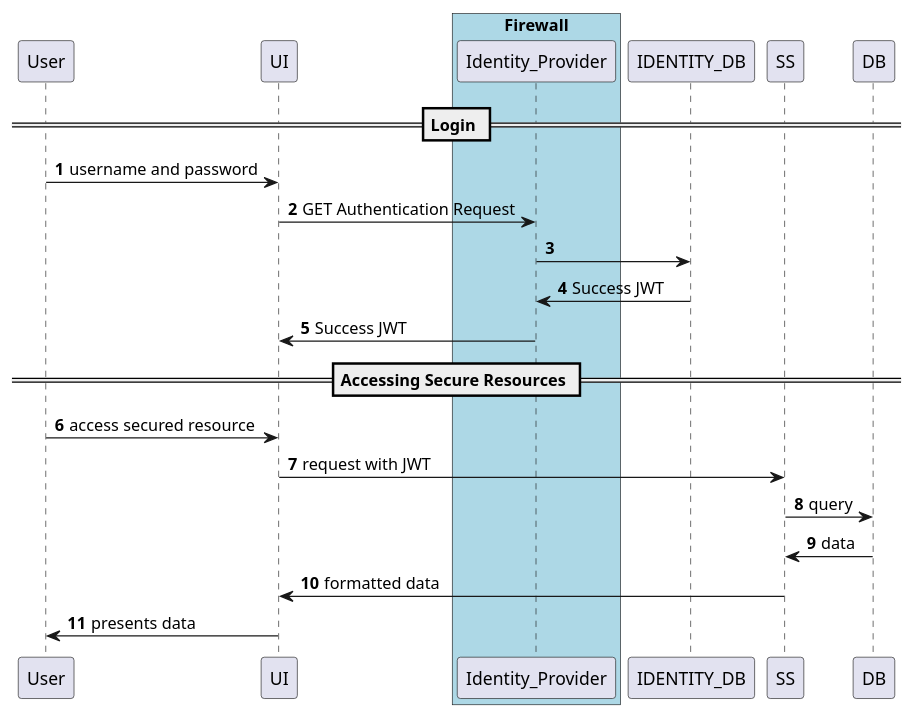
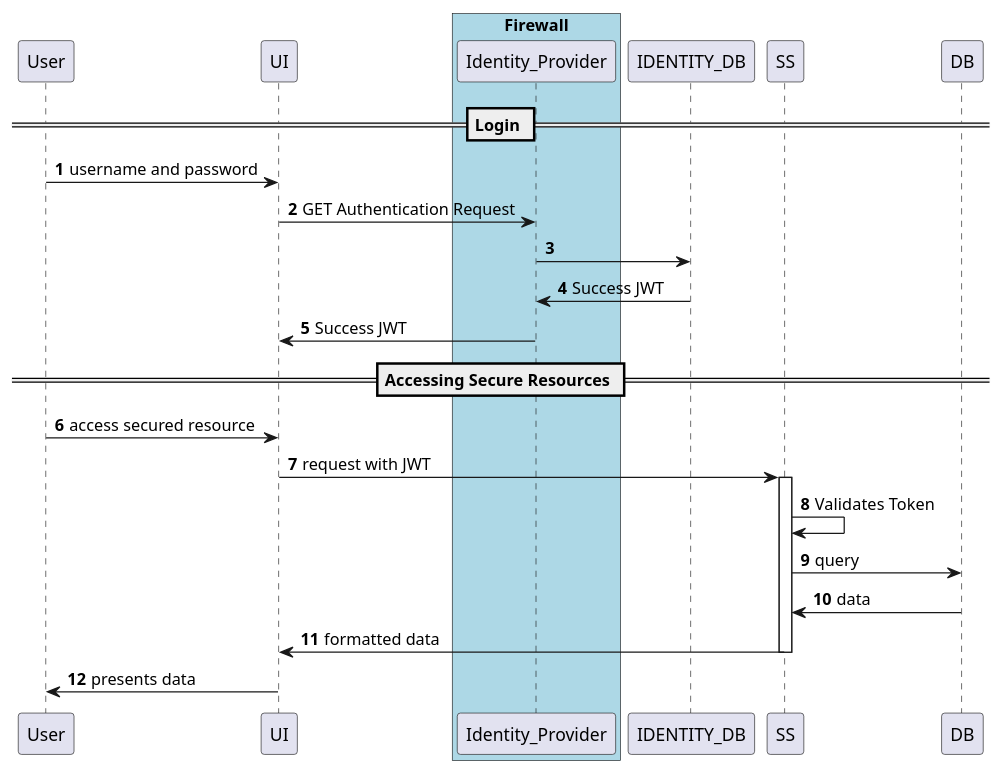
The diagram in OpenApi/login-sequence.puml (MarileneSoaresDaCosta/ascent-api-contracts), drawn with PlantUML before and after one commit. The commit also changed 1 other file, not shown here.

```diff
--- a/OpenApi/login-sequence.puml
+++ b/OpenApi/login-sequence.puml
@@ -1,25 +1,30 @@
 @startuml
 'https://plantuml.com/sequence-diagram
 autonumber
+
 == Login ==
 User -> UI: username and password
 box "Firewall" #LightBlue
 participant Identity_Provider
 end box
 UI -> Identity_Provider: GET Authentication Request
 Identity_Provider -> IDENTITY_DB
 IDENTITY_DB ->  Identity_Provider: Success JWT
 Identity_Provider -> UI: Success JWT
 
 == Accessing Secure Resources ==
 User -> UI: access secured resource
 UI -> SS: request with JWT
-' ss validates token
+activate SS
+SS -> SS : Validates Token
+
+
 SS -> DB: query
 DB -> SS: data
 SS -> UI: formatted data
+deactivate SS
 UI -> User: presents data
 
 
 
 @enduml
```
